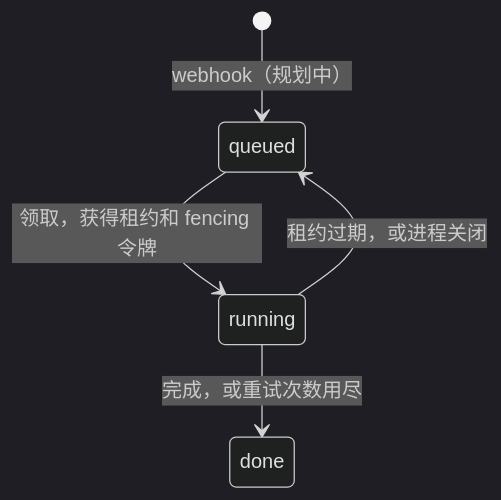
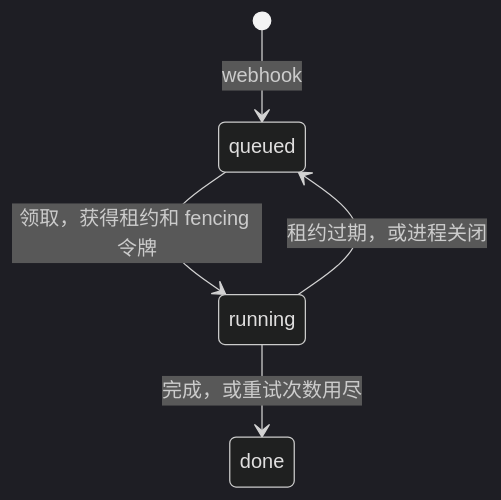
Before and after one commit to Pleasurecruise/eyeful: the diagram in docs/zh/cloud/SCHEDULING.md, drawn with Mermaid (dark theme). The commit also changed other lines of this file and 96 other files, not shown here.

````diff
--- a/docs/zh/cloud/SCHEDULING.md
+++ b/docs/zh/cloud/SCHEDULING.md
@@ -7,7 +7,7 @@
 ```mermaid
 stateDiagram-v2
-    [*] --> queued: webhook（规划中）
+    [*] --> queued: webhook
     queued --> running: 领取，获得租约和 fencing 令牌
     running --> queued: 租约过期，或进程关闭
     running --> done: 完成，或重试次数用尽
 ```
````
